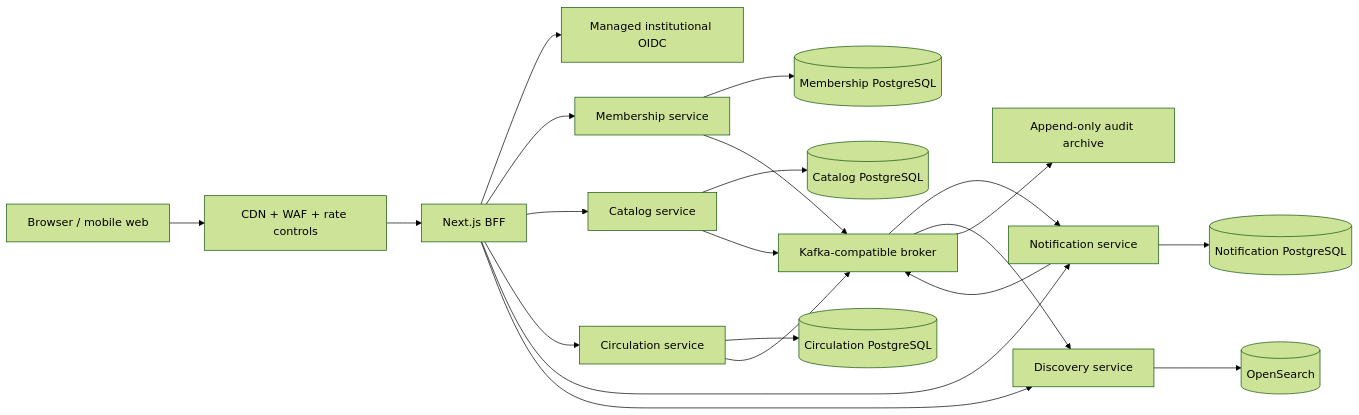
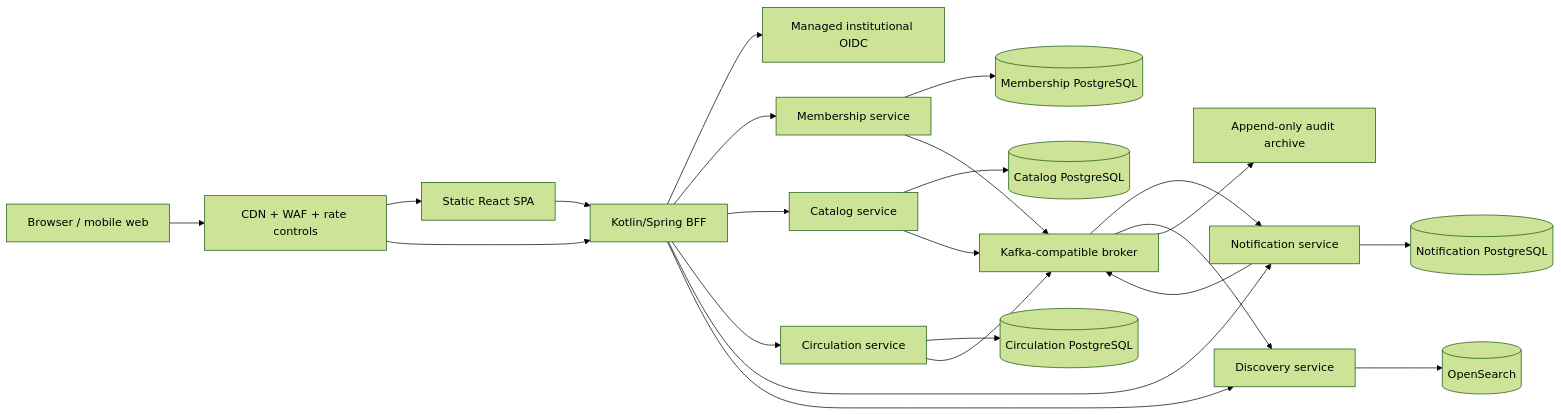
One commit to AnouarMohamed/Mundia_library changed the diagram in docs/PRODUCTION_OVERHAUL.md. Above: the diagram before and after it, drawn with Mermaid (forest theme). The commit also changed other lines of this file and 23 other files, not shown here.

Commit message:
feat: establish kotlin web bff foundation

````diff
--- a/docs/PRODUCTION_OVERHAUL.md
+++ b/docs/PRODUCTION_OVERHAUL.md
@@ -113,25 +116,27 @@
 ```mermaid
 flowchart LR
     Browser["Browser / mobile web"] --> Edge["CDN + WAF + rate controls"]
-    Edge --> BFF["Next.js BFF"]
+    Edge --> SPA["Static React SPA"]
+    Edge --> BFF["Kotlin/Spring BFF"]
+    SPA --> BFF
     BFF --> IdP["Managed institutional OIDC"]
     BFF --> Membership["Membership service"]
     BFF --> Catalog["Catalog service"]
     BFF --> Circulation["Circulation service"]
     BFF --> Notifications["Notification service"]
     BFF --> Discovery["Discovery service"]
 
     Membership --> MembershipDb[("Membership PostgreSQL")]
     Catalog --> CatalogDb[("Catalog PostgreSQL")]
     Circulation --> CirculationDb[("Circulation PostgreSQL")]
     Notifications --> NotificationDb[("Notification PostgreSQL")]
     Discovery --> Search[("OpenSearch")]
 
     Membership --> Broker["Kafka-compatible broker"]
     Catalog --> Broker
     Circulation --> Broker
     Notifications --> Broker
     Broker --> Notifications
     Broker --> Discovery
     Broker --> Audit["Append-only audit archive"]
 ```
````
